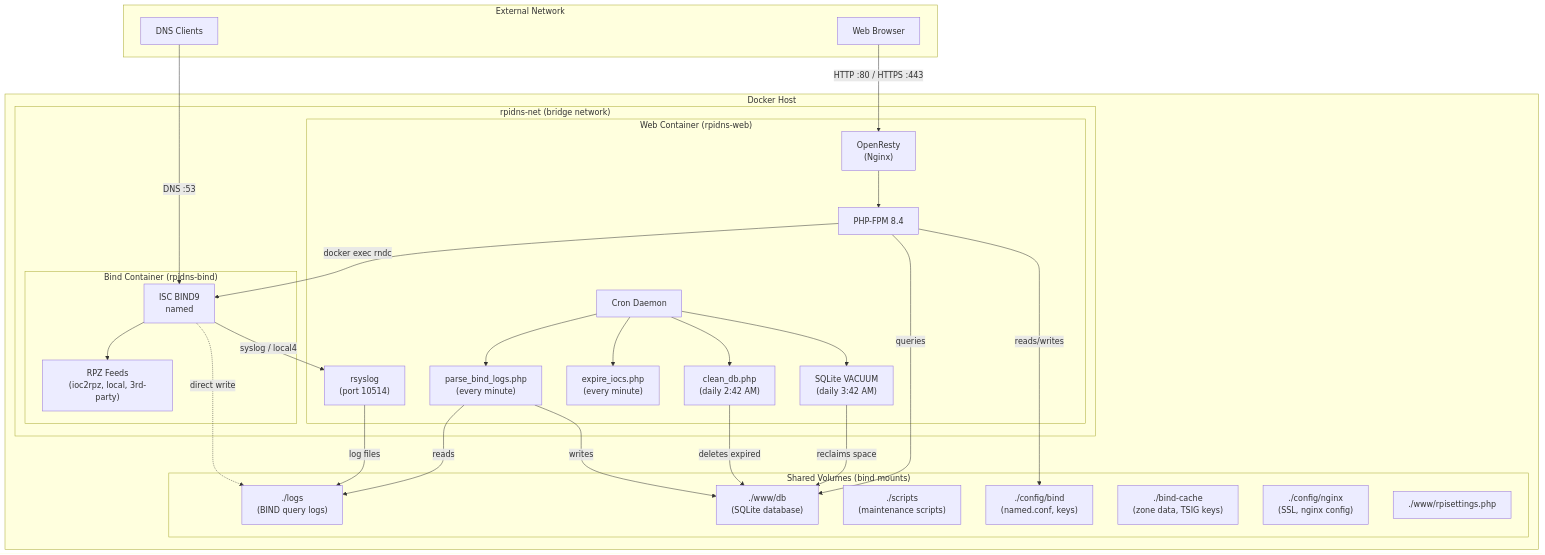
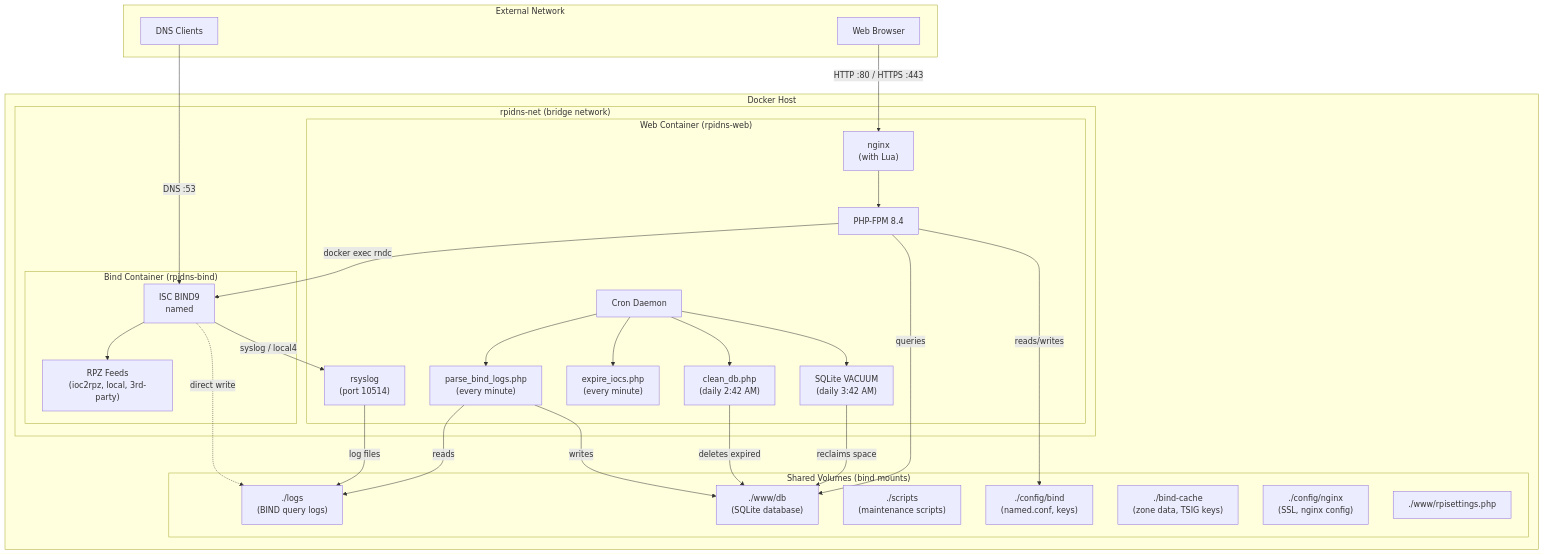
One commit to Homas/RpiDNS changed the diagram in docs/architecture.md. Above: the diagram before and after it, drawn with Mermaid. The commit also changed other lines of this file and 10 other files, not shown here.

````diff
--- a/docs/architecture.md
+++ b/docs/architecture.md
@@ -215,58 +215,58 @@
 ```mermaid
 graph TB
     subgraph External["External Network"]
         Client["DNS Clients"]
         Browser["Web Browser"]
     end
 
     subgraph Docker["Docker Host"]
         subgraph Net["rpidns-net (bridge network)"]
             subgraph BindC["Bind Container (rpidns-bind)"]
                 Named["ISC BIND9<br/>named"]
                 RPZ["RPZ Feeds<br/>(ioc2rpz, local, 3rd-party)"]
                 Named --> RPZ
             end
 
             subgraph WebC["Web Container (rpidns-web)"]
-                Nginx["OpenResty<br/>(Nginx)"]
+                Nginx["nginx<br/>(with Lua)"]
                 PHP["PHP-FPM 8.4"]
                 RSyslog["rsyslog<br/>(port 10514)"]
                 Cron["Cron Daemon"]
                 Parser["parse_bind_logs.php<br/>(every minute)"]
                 Expirer["expire_iocs.php<br/>(every minute)"]
                 Cleaner["clean_db.php<br/>(daily 2:42 AM)"]
                 Vacuum["SQLite VACUUM<br/>(daily 3:42 AM)"]
 
                 Nginx --> PHP
                 Cron --> Parser
                 Cron --> Expirer
                 Cron --> Cleaner
                 Cron --> Vacuum
             end
         end
 
         subgraph Volumes["Shared Volumes (bind mounts)"]
             Logs["./logs<br/>(BIND query logs)"]
             DB["./www/db<br/>(SQLite database)"]
             Scripts["./scripts<br/>(maintenance scripts)"]
             BindConf["./config/bind<br/>(named.conf, keys)"]
             BindCache["./bind-cache<br/>(zone data, TSIG keys)"]
             NginxConf["./config/nginx<br/>(SSL, nginx config)"]
             Settings["./www/rpisettings.php"]
         end
     end
 
     Client -->|"DNS :53"| Named
     Browser -->|"HTTP :80 / HTTPS :443"| Nginx
     Named -->|"syslog / local4"| RSyslog
     Named -.->|"direct write"| Logs
     RSyslog -->|"log files"| Logs
     Parser -->|"reads"| Logs
     Parser -->|"writes"| DB
     Cleaner -->|"deletes expired"| DB
     Vacuum -->|"reclaims space"| DB
     PHP -->|"queries"| DB
     PHP -->|"reads/writes"| BindConf
     PHP -->|"docker exec rndc"| Named
 
 ```
````
